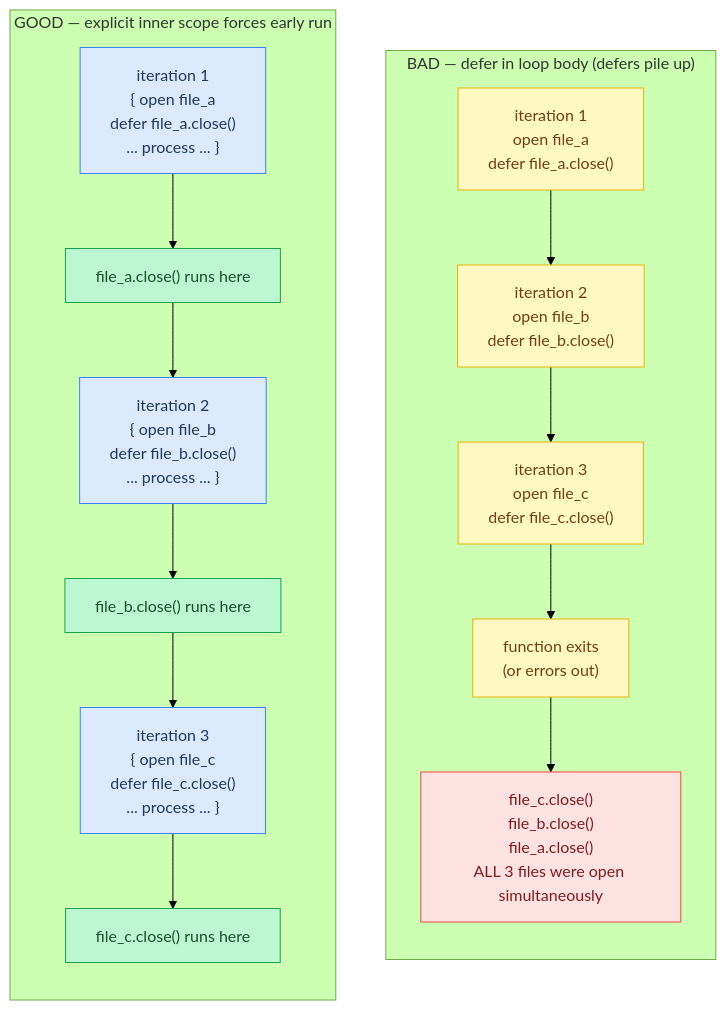
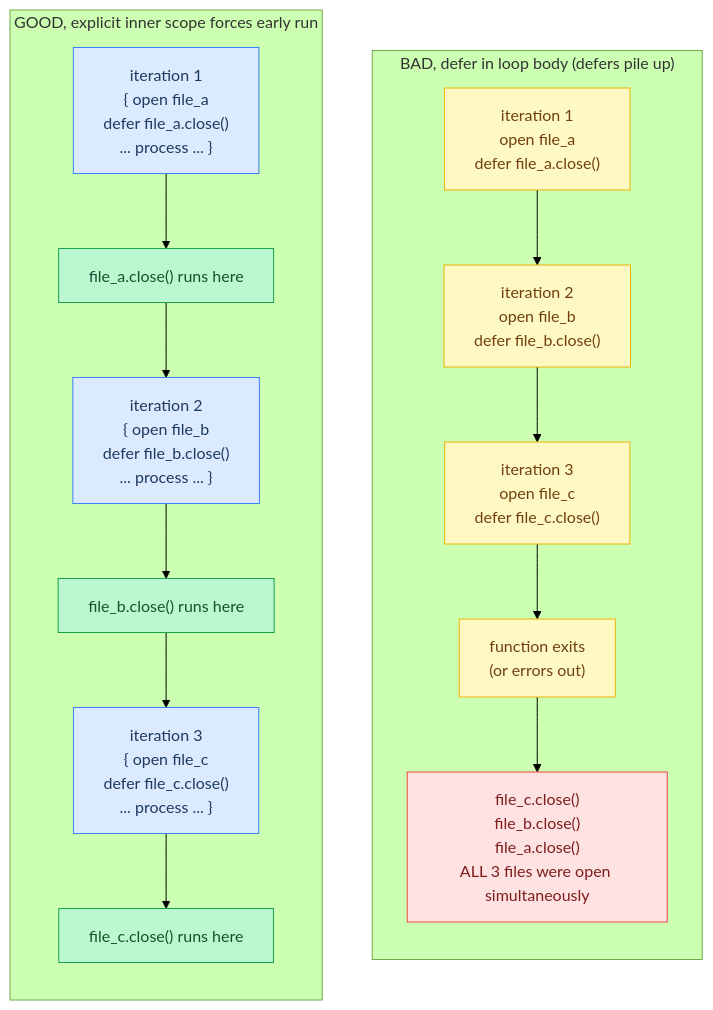
One commit to maci0/agave changed the sixth of 8 diagrams in docs/tutorial/10-memory-safety.md. Above: the diagram before and after it, drawn with Mermaid (forest theme). The commit also changed other lines of this file and 196 other files, not shown here.

````diff
--- a/docs/tutorial/10-memory-safety.md
+++ b/docs/tutorial/10-memory-safety.md
@@ -305,26 +305,26 @@
 ```mermaid
 flowchart TD
     classDef setup     fill:#dbeafe,stroke:#3b82f6,color:#1e3a5f
     classDef sync      fill:#dcfce7,stroke:#22c55e,color:#14532d
     classDef migration fill:#fef9c3,stroke:#eab308,color:#713f12
     classDef success   fill:#bbf7d0,stroke:#16a34a,color:#14532d
     classDef danger    fill:#fee2e2,stroke:#ef4444,color:#7f1d1d
     classDef optional  fill:#f3e8ff,stroke:#9333ea,color:#581c87
 
-    subgraph BAD["BAD — defer in loop body (defers pile up)"]
+    subgraph BAD["BAD, defer in loop body (defers pile up)"]
         direction TB
         B1["iteration 1\nopen file_a\ndefer file_a.close()"]:::migration --> B2["iteration 2\nopen file_b\ndefer file_b.close()"]:::migration
         B2 --> B3["iteration 3\nopen file_c\ndefer file_c.close()"]:::migration
         B3 --> B4["function exits\n(or errors out)"]:::migration
         B4 --> B5["file_c.close()\nfile_b.close()\nfile_a.close()\nALL 3 files were open simultaneously"]:::danger
     end
 
-    subgraph GOOD["GOOD — explicit inner scope forces early run"]
+    subgraph GOOD["GOOD, explicit inner scope forces early run"]
         direction TB
         G1["iteration 1\n{ open file_a\n  defer file_a.close()\n  ... process ... }"]:::setup --> G1C["file_a.close() runs here"]:::success
         G1C --> G2["iteration 2\n{ open file_b\n  defer file_b.close()\n  ... process ... }"]:::setup
         G2 --> G2C["file_b.close() runs here"]:::success
         G2C --> G3["iteration 3\n{ open file_c\n  defer file_c.close()\n  ... process ... }"]:::setup
         G3 --> G3C["file_c.close() runs here"]:::success
     end
 ```
````
